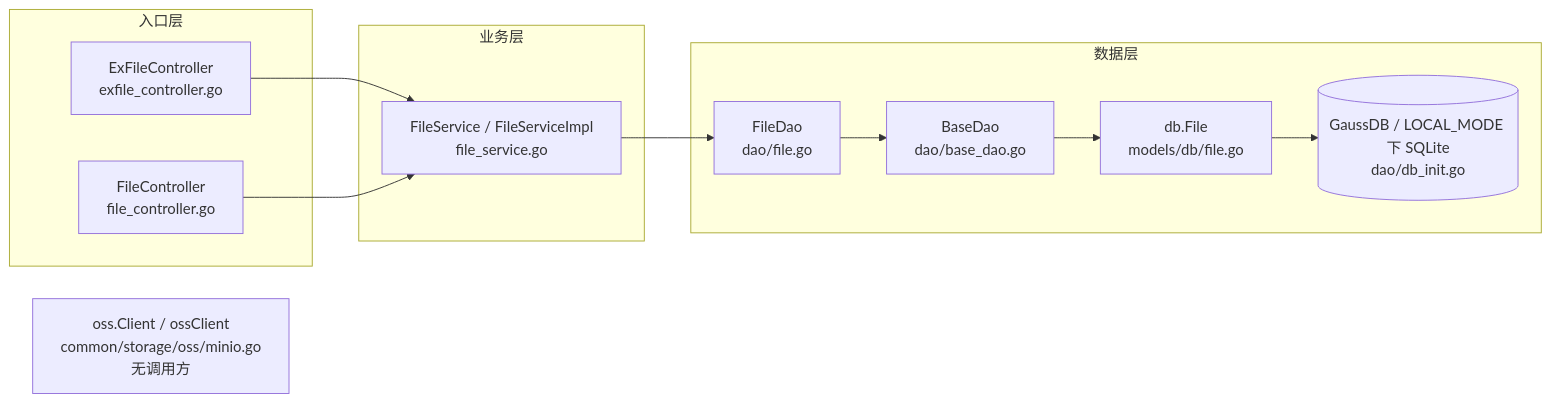
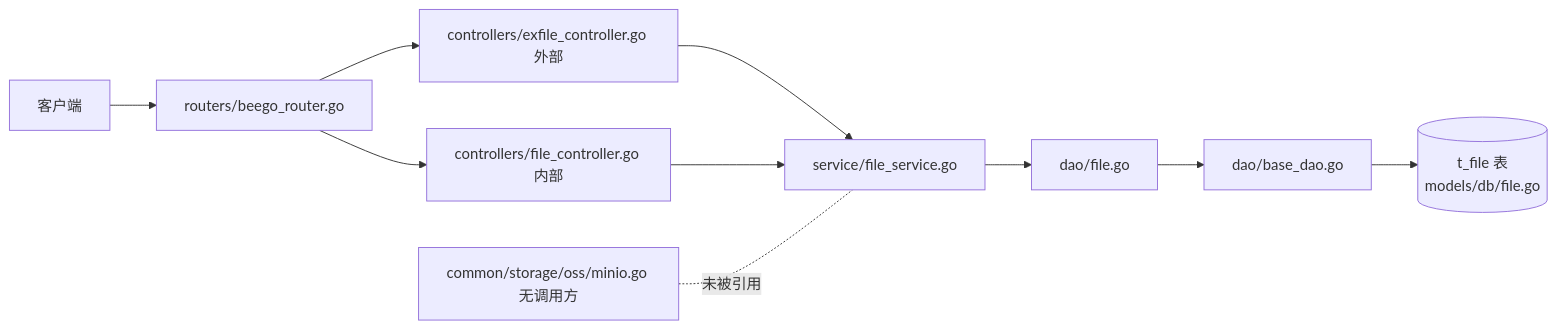
One commit to CoreGeekASTL/AIAction changed the second of 4 diagrams in docs/story/feature-file-manage.md. Above: the diagram before and after it, drawn with Mermaid. The commit also changed other lines of this file and 6 other files, not shown here.

````diff
--- a/docs/story/feature-file-manage.md
+++ b/docs/story/feature-file-manage.md
@@ -69,20 +54,12 @@
 ```mermaid
 graph LR
-    subgraph 入口层
-        EFC[ExFileController<br/>exfile_controller.go]
-        FC[FileController<br/>file_controller.go]
-    end
-    subgraph 业务层
-        FS[FileService / FileServiceImpl<br/>file_service.go]
-    end
-    subgraph 数据层
-        FDAO[FileDao<br/>dao/file.go]
-        BDAO[BaseDao<br/>dao/base_dao.go]
-        M[db.File<br/>models/db/file.go]
-        DB[(GaussDB / LOCAL_MODE 下 SQLite<br/>dao/db_init.go)]
-    end
-    OSS[oss.Client / ossClient<br/>common/storage/oss/minio.go<br/>无调用方]
-    EFC --> FS
-    FC --> FS
-    FS --> FDAO --> BDAO --> M --> DB
+  Client[客户端] --> Router[routers/beego_router.go]
+  Router --> ExCtrl[controllers/exfile_controller.go 外部]
+  Router --> InCtrl[controllers/file_controller.go 内部]
+  ExCtrl --> Svc[service/file_service.go]
+  InCtrl --> Svc
+  Svc --> Dao[dao/file.go]
+  Dao --> BaseDao[dao/base_dao.go]
+  BaseDao --> DB[(t_file 表<br/>models/db/file.go)]
+  Oss[common/storage/oss/minio.go 无调用方] -.未被引用.- Svc
 ```
````
